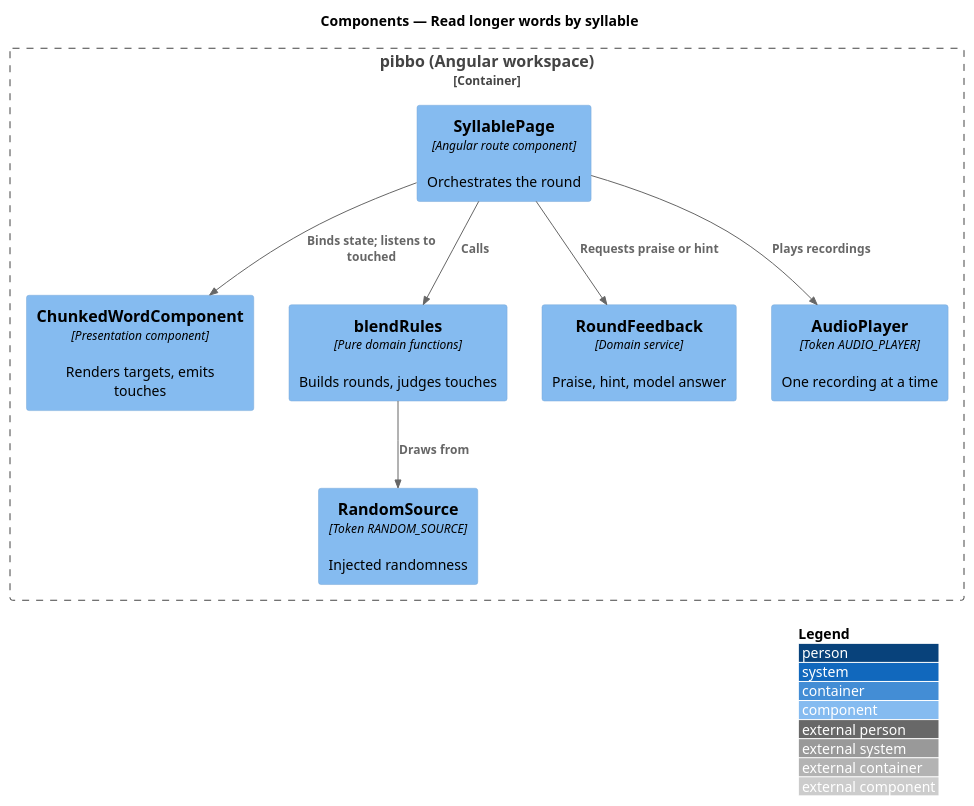
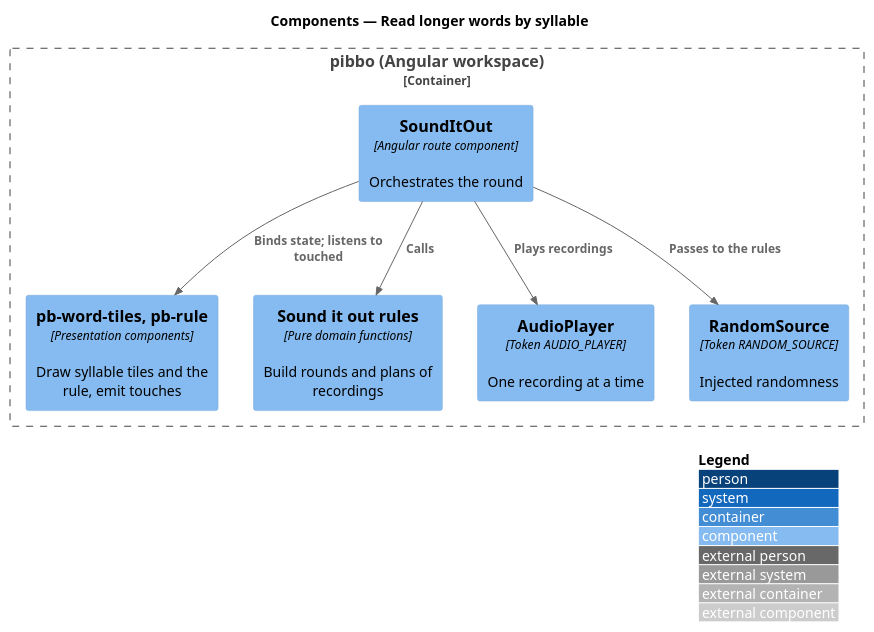
The diagram in docs/detailed-designs/sound-out/read-by-syllable/diagrams/c4-component.puml (QuinntyneBrown/pibbo), drawn with PlantUML before and after one commit. The commit also changed 13 other files, not shown here.

```diff
--- a/docs/detailed-designs/sound-out/read-by-syllable/diagrams/c4-component.puml
+++ b/docs/detailed-designs/sound-out/read-by-syllable/diagrams/c4-component.puml
@@ -1,18 +1,16 @@
 @startuml
 !include <C4/C4_Component>
 LAYOUT_WITH_LEGEND()
 title Components — Read longer words by syllable
 Container_Boundary(b, "pibbo (Angular workspace)") {
-  Component(page, "SyllablePage", "Angular route component", "Orchestrates the round")
-  Component(view, "ChunkedWordComponent", "Presentation component", "Renders targets, emits touches")
-  Component(rules, "blendRules", "Pure domain functions", "Builds rounds, judges touches")
-  Component(fb, "RoundFeedback", "Domain service", "Praise, hint, model answer")
+  Component(page, "SoundItOut", "Angular route component", "Orchestrates the round")
+  Component(view, "pb-word-tiles, pb-rule", "Presentation components", "Draw syllable tiles and the rule, emit touches")
+  Component(rules, "Sound it out rules", "Pure domain functions", "Build rounds and plans of recordings")
   Component(audio, "AudioPlayer", "Token AUDIO_PLAYER", "One recording at a time")
   Component(rnd, "RandomSource", "Token RANDOM_SOURCE", "Injected randomness")
 }
 Rel(page, view, "Binds state; listens to touched")
 Rel(page, rules, "Calls")
-Rel(rules, rnd, "Draws from")
+Rel(page, rnd, "Passes to the rules")
 Rel(page, audio, "Plays recordings")
-Rel(page, fb, "Requests praise or hint")
 @enduml
```
